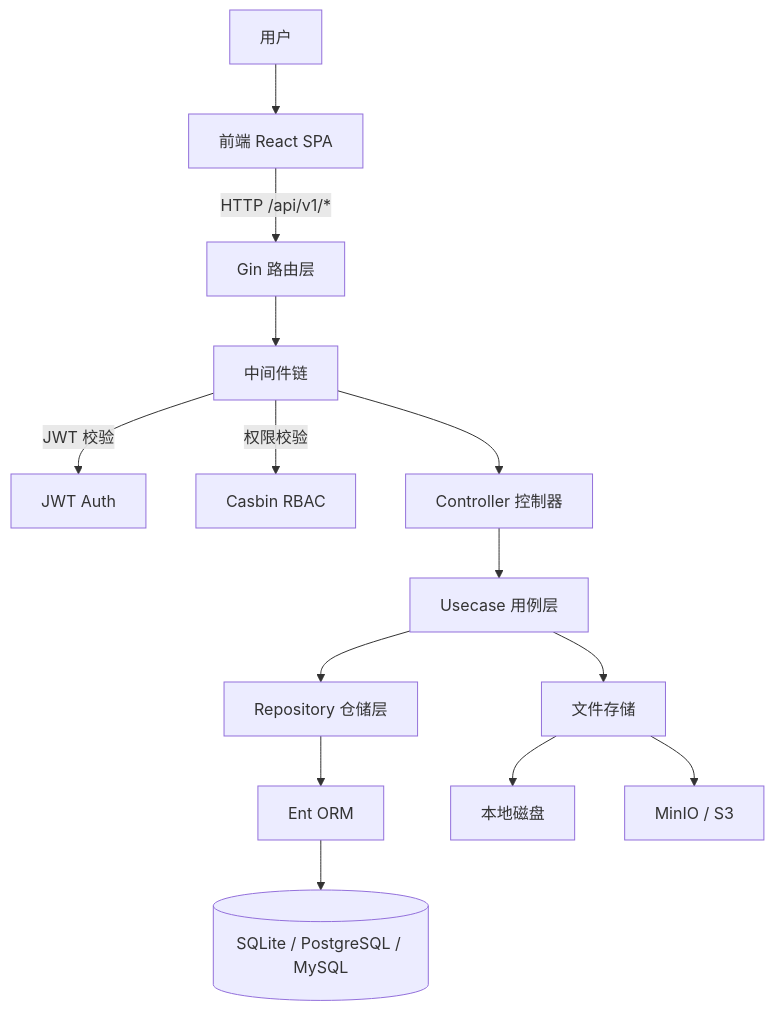
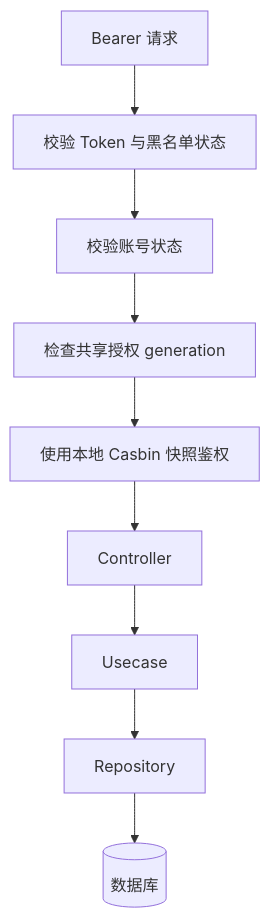
One commit to ahaodev/shadmin changed the second of 2 diagrams in docs/getting-started/architecture.zh.md. Above: the diagram before and after it, drawn with Mermaid. The commit also changed other lines of this file and 11 other files, not shown here.

````diff
--- a/docs/getting-started/architecture.zh.md
+++ b/docs/getting-started/architecture.zh.md
@@ -25,16 +39,8 @@
 ```mermaid
-graph TB
-    User[用户] --> FE[前端 React SPA]
-    FE -->|HTTP /api/v1/*| GW[Gin 路由层]
-    GW --> MW[中间件链]
-    MW -->|JWT 校验| AUTH[JWT Auth]
-    MW -->|权限校验| CASBIN[Casbin RBAC]
-    MW --> CTRL[Controller 控制器]
-    CTRL --> UC[Usecase 用例层]
-    UC --> REPO[Repository 仓储层]
-    REPO --> ENT[Ent ORM]
-    ENT --> DB[(SQLite / PostgreSQL / MySQL)]
-    UC --> FS[文件存储]
-    FS --> DISK[本地磁盘]
-    FS --> MINIO[MinIO / S3]
+flowchart TD
+    Request[Bearer 请求] --> JWT[校验 Token 与黑名单状态]
+    JWT --> Account[校验账号状态]
+    Account --> Generation[检查共享授权 generation]
+    Generation --> Casbin[使用本地 Casbin 快照鉴权]
+    Casbin --> Controller --> Usecase --> Repository --> DB[(数据库)]
 ```
````
